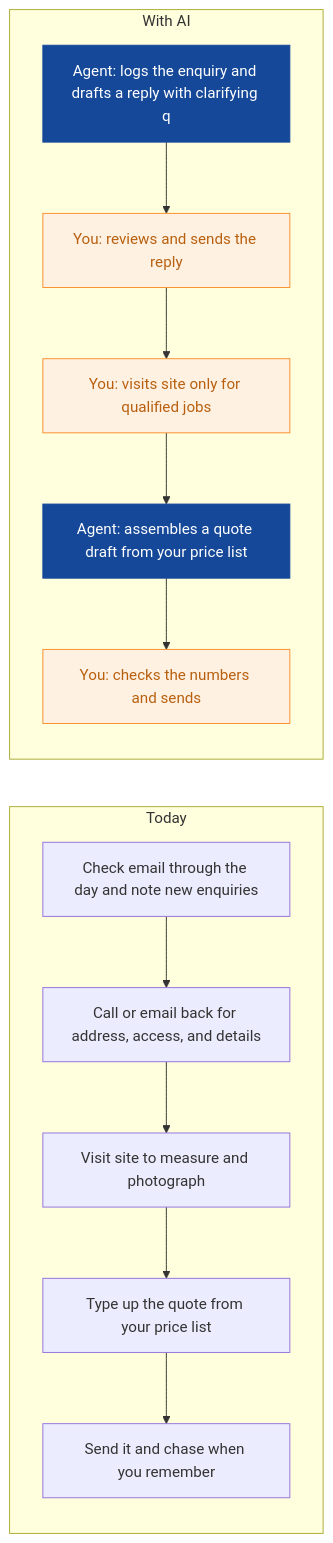
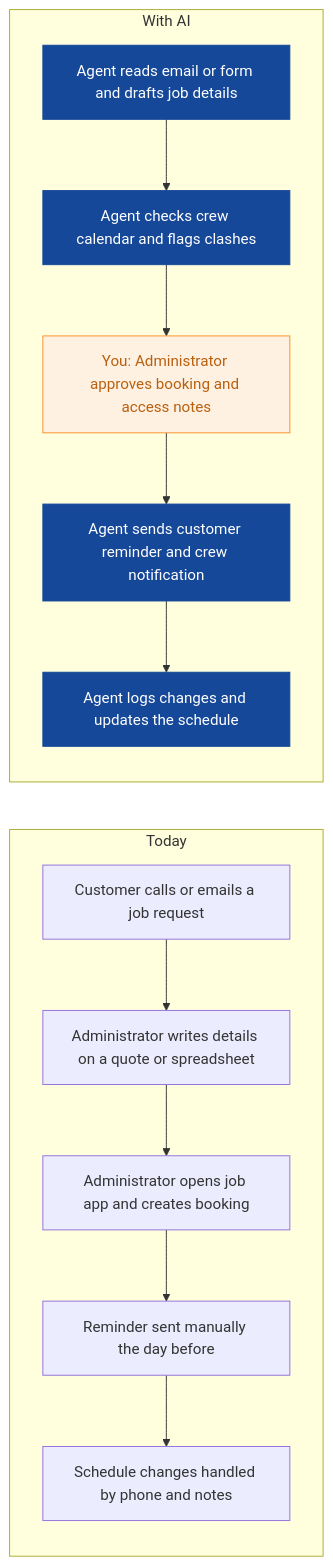
One commit to nexibeo/Complete-AI-Strategy changed the first of 8 diagrams in strategies/verdant-roots-landscaping.md. Above: the diagram before and after it, drawn with Mermaid. The commit also changed other lines of this file and 26 other files, not shown here.

````diff
--- a/strategies/verdant-roots-landscaping.md
+++ b/strategies/verdant-roots-landscaping.md
@@ -49,23 +53,23 @@
 ```mermaid
 flowchart LR
   subgraph Today
-    B0["Check email through the day and note new enquiries"]
-    B1["Call or email back for address, access, and details"]
-    B2["Visit site to measure and photograph"]
-    B3["Type up the quote from your price list"]
-    B4["Send it and chase when you remember"]
+    B0["Customer calls or emails a job request"]
+    B1["Administrator writes details on a quote or spreadsheet"]
+    B2["Administrator opens job app and creates booking"]
+    B3["Reminder sent manually the day before"]
+    B4["Schedule changes handled by phone and notes"]
     B0 --> B1 --> B2 --> B3 --> B4
   end
   subgraph WithAI[With AI]
-    A0["Agent: logs the enquiry and drafts a reply with clarifying q"]
-    A1["You: reviews and sends the reply"]
-    A2["You: visits site only for qualified jobs"]
-    A3["Agent: assembles a quote draft from your price list"]
-    A4["You: checks the numbers and sends"]
+    A0["Agent reads email or form and drafts job details"]
+    A1["Agent checks crew calendar and flags clashes"]
+    A2["You: Administrator approves booking and access notes"]
+    A3["Agent sends customer reminder and crew notification"]
+    A4["Agent logs changes and updates the schedule"]
     A0 --> A1 --> A2 --> A3 --> A4
   end
   classDef ai fill:#154899,color:#fff,stroke:#154899
   classDef human fill:#FFF1E2,color:#B8600F,stroke:#F98F2C
-  class A0,A3 ai
-  class A1,A2,A4 human
+  class A0,A1,A3,A4 ai
+  class A2 human
 ```
````
